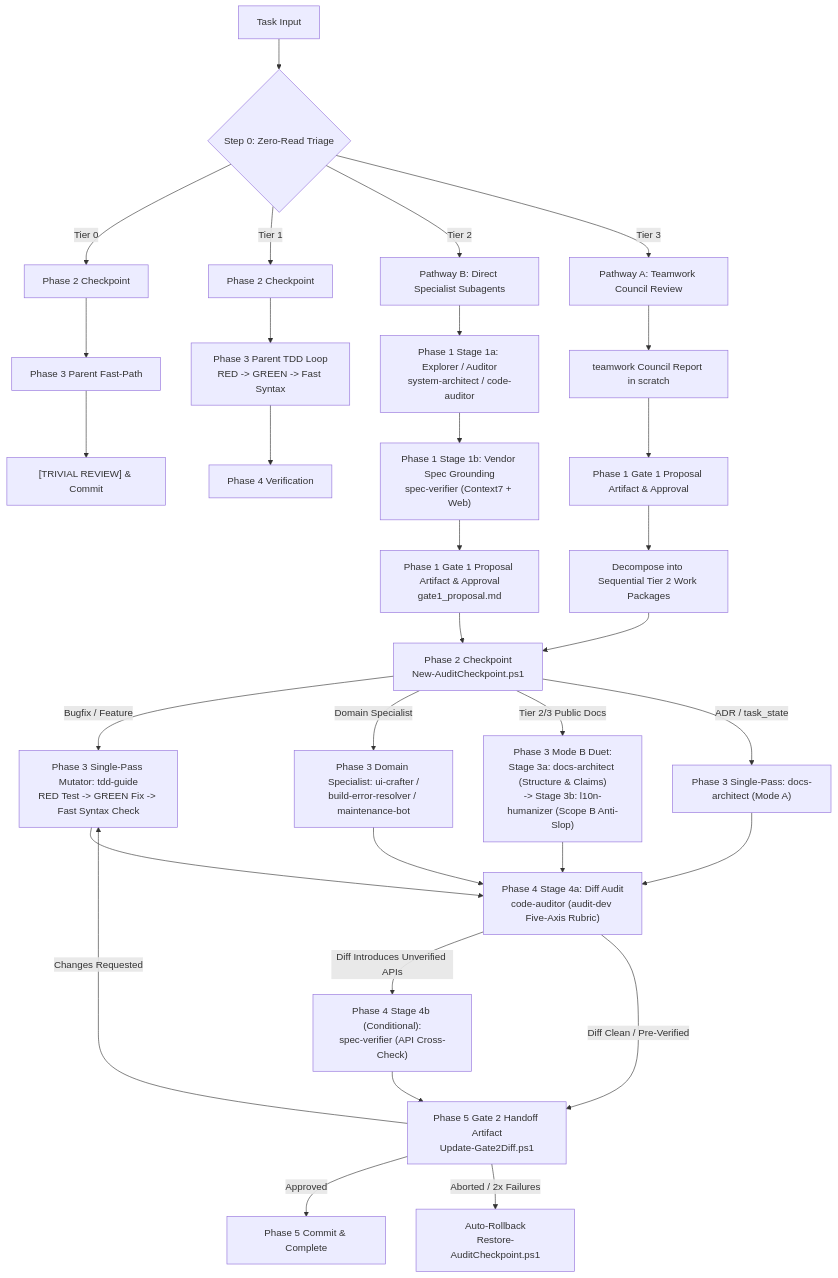
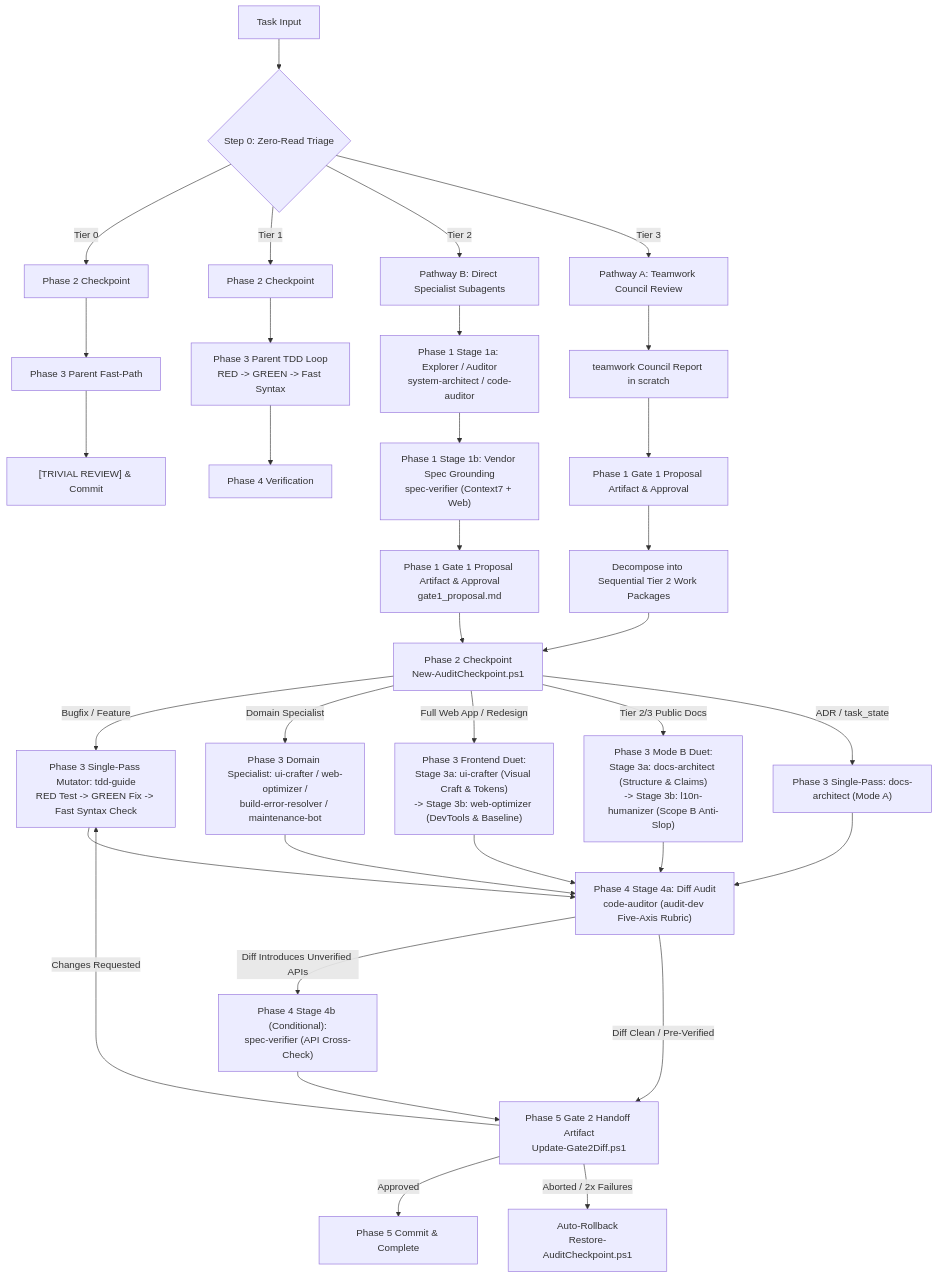
The diagram in config/skills/orchestrator/SKILL.md (afif25fradana/everyday-agy), drawn with Mermaid before and after one commit. The commit also changed other lines of this file and 15 other files, not shown here.

Commit message:
feat(agents): expand fleet to 11 with web-optimizer and refocus ui-crafter

````diff
--- a/config/skills/orchestrator/SKILL.md
+++ b/config/skills/orchestrator/SKILL.md
@@ -71,43 +71,45 @@
 ```mermaid
 flowchart TD
     Task["Task Input"] --> Triage{"Step 0: Zero-Read Triage"}
     Triage -->|"Tier 0"| CkptT0["Phase 2 Checkpoint"]
     Triage -->|"Tier 1"| CkptT1["Phase 2 Checkpoint"]
     Triage -->|"Tier 2"| DirectSpecialists["Pathway B: Direct Specialist Subagents"]
     Triage -->|"Tier 3"| TeamworkCouncil["Pathway A: Teamwork Council Review"]
     
     DirectSpecialists --> S1a["Phase 1 Stage 1a: Explorer / Auditor<br/>system-architect / code-auditor"]
     S1a --> S1b["Phase 1 Stage 1b: Vendor Spec Grounding<br/>spec-verifier (Context7 + Web)"]
     S1b --> Gate1["Phase 1 Gate 1 Proposal Artifact & Approval<br/>gate1_proposal.md"]
     
     TeamworkCouncil --> TCReport["teamwork Council Report in scratch"]
     TCReport --> Gate1TC["Phase 1 Gate 1 Proposal Artifact & Approval"]
     Gate1TC --> T3Exec["Decompose into Sequential Tier 2 Work Packages"]
     T3Exec --> CkptT2
     
     Gate1 --> CkptT2["Phase 2 Checkpoint<br/>New-AuditCheckpoint.ps1"]
     
     CkptT0 --> T0Exec["Phase 3 Parent Fast-Path"]
     T0Exec --> T0Review["[TRIVIAL REVIEW] & Commit"]
     
     CkptT1 --> T1Exec["Phase 3 Parent TDD Loop<br/>RED -> GREEN -> Fast Syntax"]
     T1Exec --> P4Local["Phase 4 Verification"]
     
     CkptT2 -->|"Bugfix / Feature"| S2["Phase 3 Single-Pass Mutator: tdd-guide<br/>RED Test -> GREEN Fix -> Fast Syntax Check"]
-    CkptT2 -->|"Domain Specialist"| S3["Phase 3 Domain Specialist: ui-crafter /<br/>build-error-resolver / maintenance-bot"]
+    CkptT2 -->|"Domain Specialist"| S3["Phase 3 Domain Specialist: ui-crafter / web-optimizer /<br/>build-error-resolver / maintenance-bot"]
+    CkptT2 -->|"Full Web App / Redesign"| S3FeDuet["Phase 3 Frontend Duet:<br/>Stage 3a: ui-crafter (Visual Craft & Tokens)<br/>-> Stage 3b: web-optimizer (DevTools & Baseline)"]
     CkptT2 -->|"Tier 2/3 Public Docs"| S3Duet["Phase 3 Mode B Duet:<br/>Stage 3a: docs-architect (Structure & Claims)<br/>-> Stage 3b: l10n-humanizer (Scope B Anti-Slop)"]
     CkptT2 -->|"ADR / task_state"| S3ModeA["Phase 3 Single-Pass: docs-architect (Mode A)"]
     
     S2 --> S4["Phase 4 Stage 4a: Diff Audit<br/>code-auditor (audit-dev Five-Axis Rubric)"]
     S3 --> S4
+    S3FeDuet --> S4
     S3Duet --> S4
     S3ModeA --> S4
     
     S4 -->|"Diff Introduces Unverified APIs"| S4b["Phase 4 Stage 4b (Conditional):<br/>spec-verifier (API Cross-Check)"]
     S4 -->|"Diff Clean / Pre-Verified"| Gate2["Phase 5 Gate 2 Handoff Artifact<br/>Update-Gate2Diff.ps1"]
     S4b --> Gate2
     
     Gate2 -->|"Approved"| CommitDone["Phase 5 Commit & Complete"]
     Gate2 -->|"Changes Requested"| S2
     Gate2 -->|"Aborted / 2x Failures"| Rollback["Auto-Rollback<br/>Restore-AuditCheckpoint.ps1"]
 ```
````
